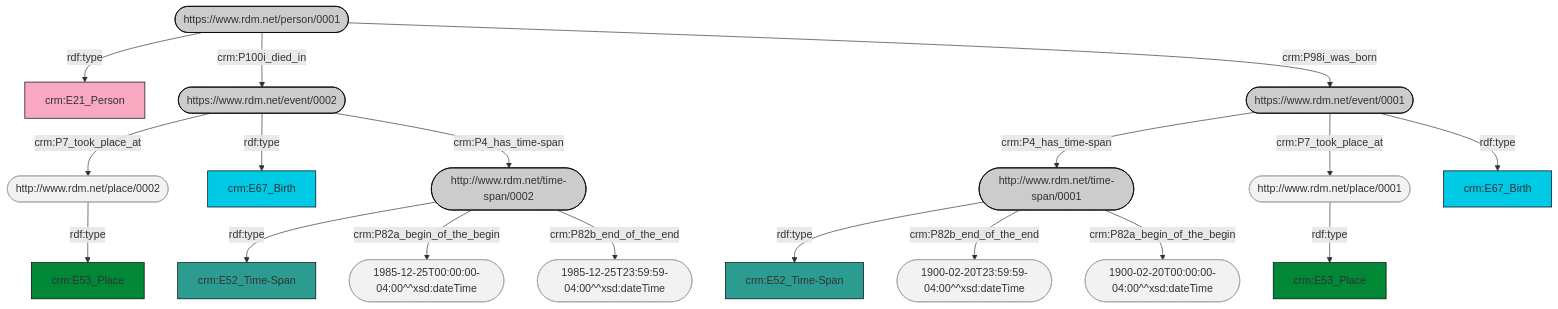
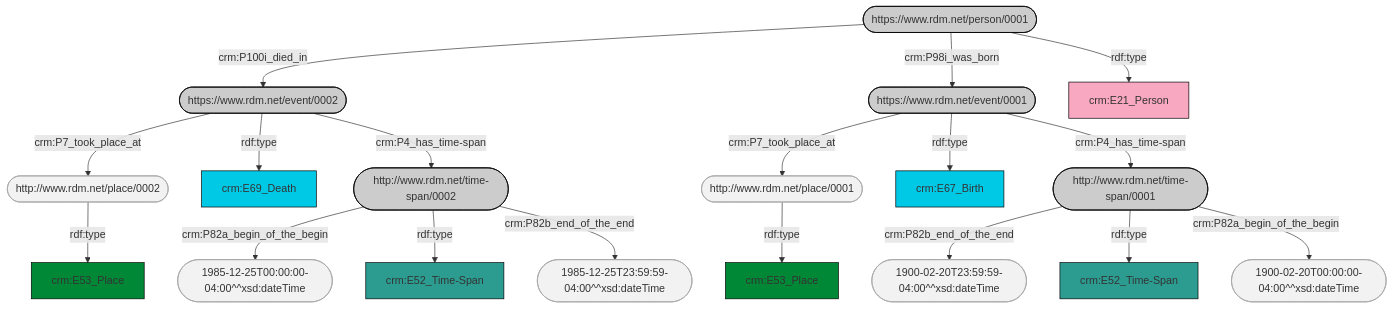
One commit to TrangDg/TrangDg.github.io changed the first of 4 diagrams in testing_mermaid.md. Above: the diagram before and after it, drawn with Mermaid. The commit also changed other lines of this file, not shown here.

```diff
--- a/testing_mermaid.md
+++ b/testing_mermaid.md
@@ -41,33 +41,34 @@
 <div class="mermaid">
 graph TD
 classDef Literal fill:#f2f2f2,stroke:#a6a6a6;
 classDef URI fill:#cccccc,stroke:#000000;
 classDef CRM_Entity fill:#FFFFFF,stroke:#000000;
 classDef Temporal_Entity fill:#00C9E6, stroke:#000000;
 classDef Type fill:#E18312, stroke:#000000;
 classDef Time-Span fill:#2C9C91, stroke:#000000;
 classDef Appellation fill:#FFEB7F, stroke:#000000;
 classDef Place fill:#008836, stroke:#000000;
 classDef Persistent_Item fill:#A4A0A3, stroke:#000000;
 classDef Conceptual_Object fill:#FFD700, stroke:#000000;
 classDef Physical_Object fill:#D2B48C, stroke:#000000;
 classDef Actor fill:#F9A8C2, stroke:#000000;
 classDef PC_Classes fill:#bbff99, stroke:#000000;
-A1([https://www.rdm.net/person/0001]) -->|rdf:type| B1[crm:E21_Person]:::Actor
-A1([https://www.rdm.net/person/0001]):::URI -->|crm:P100i_died_in| B2([https://www.rdm.net/event/0002]):::Literal
-B2([https://www.rdm.net/event/0002]):::URI -->|crm:P7_took_place_at| C1([http://www.rdm.net/place/0002]):::Literal
+A1([https://www.rdm.net/person/0001]):::URI -->|crm:P100i_died_in| B1([https://www.rdm.net/event/0002]):::Literal
+B1([https://www.rdm.net/event/0002]):::URI -->|crm:P7_took_place_at| C1([http://www.rdm.net/place/0002]):::Literal
 C1([http://www.rdm.net/place/0002]) -->|rdf:type| D1[crm:E53_Place]:::Place
-B2([https://www.rdm.net/event/0002]) -->|rdf:type| C2[crm:E67_Birth]:::Temporal_Entity
-B2([https://www.rdm.net/event/0002]):::URI -->|crm:P4_has_time-span| C3([http://www.rdm.net/time-span/0002]):::Literal
-C3([http://www.rdm.net/time-span/0002]) -->|rdf:type| D2[crm:E52_Time-Span]:::Time-Span
-C3([http://www.rdm.net/time-span/0002]):::URI -->|crm:P82a_begin_of_the_begin| D3(["1985-12-25T00:00:00-04:00"^^xsd:dateTime]):::Literal
+B1([https://www.rdm.net/event/0002]) -->|rdf:type| C2[crm:E69_Death]:::Temporal_Entity
+B1([https://www.rdm.net/event/0002]):::URI -->|crm:P4_has_time-span| C3([http://www.rdm.net/time-span/0002]):::Literal
+C3([http://www.rdm.net/time-span/0002]):::URI -->|crm:P82a_begin_of_the_begin| D2(["1985-12-25T00:00:00-04:00"^^xsd:dateTime]):::Literal
+C3([http://www.rdm.net/time-span/0002]) -->|rdf:type| D3[crm:E52_Time-Span]:::Time-Span
 C3([http://www.rdm.net/time-span/0002]):::URI -->|crm:P82b_end_of_the_end| D4(["1985-12-25T23:59:59-04:00"^^xsd:dateTime]):::Literal
-A1([https://www.rdm.net/person/0001]):::URI -->|crm:P98i_was_born| B3([https://www.rdm.net/event/0001]):::Literal
-B3([https://www.rdm.net/event/0001]):::URI -->|crm:P4_has_time-span| C4([http://www.rdm.net/time-span/0001]):::Literal
-C4([http://www.rdm.net/time-span/0001]) -->|rdf:type| D5[crm:E52_Time-Span]:::Time-Span
-C4([http://www.rdm.net/time-span/0001]):::URI -->|crm:P82b_end_of_the_end| D6(["1900-02-20T23:59:59-04:00"^^xsd:dateTime]):::Literal
-C4([http://www.rdm.net/time-span/0001]):::URI -->|crm:P82a_begin_of_the_begin| D7(["1900-02-20T00:00:00-04:00"^^xsd:dateTime]):::Literal
-B3([https://www.rdm.net/event/0001]):::URI -->|crm:P7_took_place_at| C5([http://www.rdm.net/place/0001]):::Literal
-C5([http://www.rdm.net/place/0001]) -->|rdf:type| D8[crm:E53_Place]:::Place
-B3([https://www.rdm.net/event/0001]) -->|rdf:type| C6[crm:E67_Birth]:::Temporal_Entity
+A1([https://www.rdm.net/person/0001]):::URI -->|crm:P98i_was_born| B2([https://www.rdm.net/event/0001]):::Literal
+B2([https://www.rdm.net/event/0001]):::URI -->|crm:P7_took_place_at| C4([http://www.rdm.net/place/0001]):::Literal
+C4([http://www.rdm.net/place/0001]) -->|rdf:type| D5[crm:E53_Place]:::Place
+B2([https://www.rdm.net/event/0001]) -->|rdf:type| C5[crm:E67_Birth]:::Temporal_Entity
+B2([https://www.rdm.net/event/0001]):::URI -->|crm:P4_has_time-span| C6([http://www.rdm.net/time-span/0001]):::Literal
+C6([http://www.rdm.net/time-span/0001]):::URI -->|crm:P82b_end_of_the_end| D6(["1900-02-20T23:59:59-04:00"^^xsd:dateTime]):::Literal
+C6([http://www.rdm.net/time-span/0001]) -->|rdf:type| D7[crm:E52_Time-Span]:::Time-Span
+C6([http://www.rdm.net/time-span/0001]):::URI -->|crm:P82a_begin_of_the_begin| D8(["1900-02-20T00:00:00-04:00"^^xsd:dateTime]):::Literal
+A1([https://www.rdm.net/person/0001]) -->|rdf:type| B3[crm:E21_Person]:::Actor
+
 </div>
```
